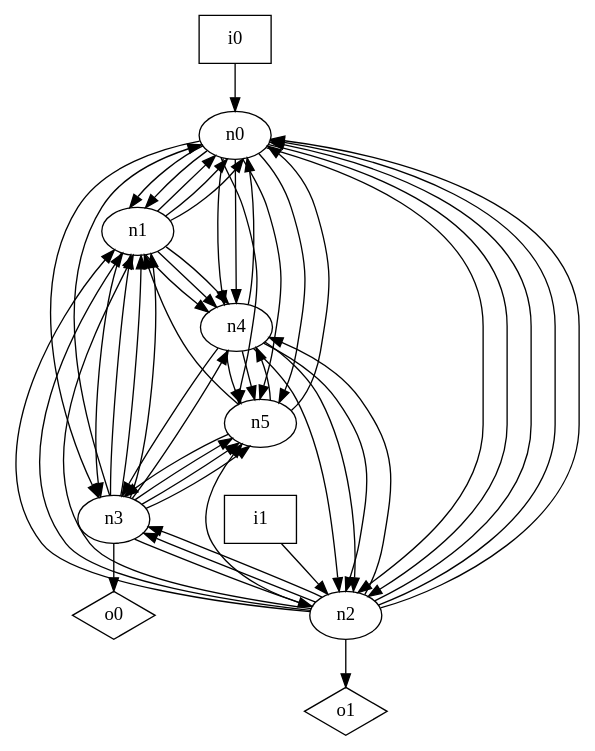
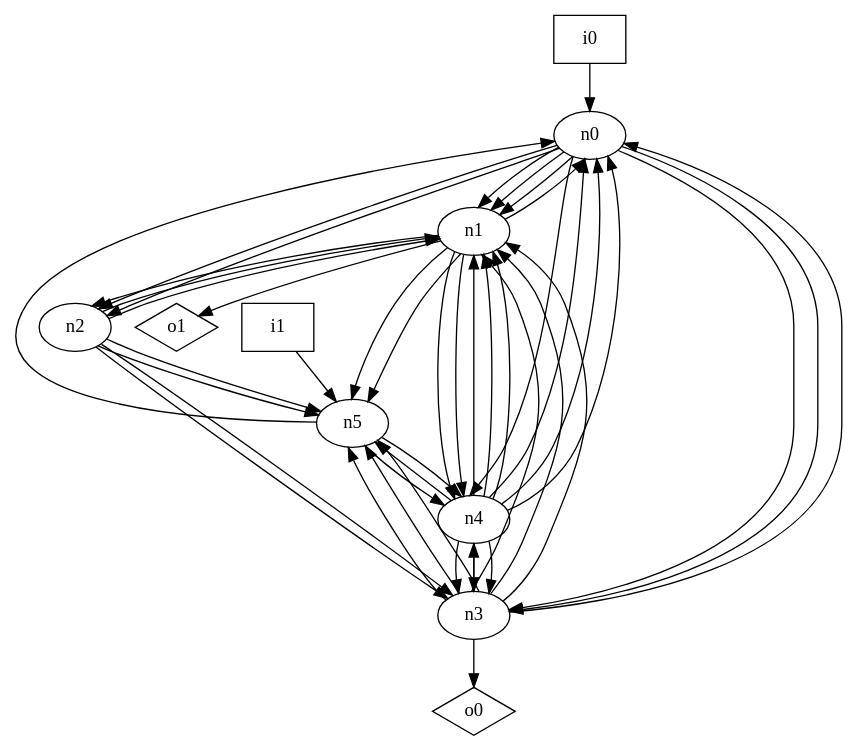
One commit to p9romain/bool-circuits changed the diagram in dot_files/random/random_loop_free_graph.dot. Above: the diagram before and after it, drawn with Graphviz. The commit also changed 22 other files, not shown here.

```diff
--- a/dot_files/random/random_loop_free_graph.dot
+++ b/dot_files/random/random_loop_free_graph.dot
@@ -1,63 +1,57 @@
 digraph G {
 n0 [label="n0"];
 n1 [label="n1"];
 n2 [label="n2"];
 n3 [label="n3"];
 n4 [label="n4"];
 n5 [label="n5"];
 n6 [label="i0",shape="box"];
 n7 [label="i1",shape="box"];
 n8 [label="o0",shape="diamond"];
 n9 [label="o1",shape="diamond"];
 n0 -> n1
 n0 -> n1
+n0 -> n1
 n0 -> n2
 n0 -> n2
 n0 -> n3
+n0 -> n3
 n0 -> n4
-n0 -> n4
-n0 -> n5
-n0 -> n5
-n0 -> n5
 n1 -> n0
-n1 -> n0
-n1 -> n0
-n1 -> n3
+n1 -> n2
 n1 -> n4
 n1 -> n4
-n1 -> n4
-n2 -> n0
-n2 -> n0
-n2 -> n0
-n2 -> n1
+n1 -> n5
+n1 -> n5
+n1 -> n9
 n2 -> n1
 n2 -> n1
 n2 -> n3
 n2 -> n3
-n2 -> n4
 n2 -> n5
-n2 -> n9
+n2 -> n5
 n3 -> n0
 n3 -> n1
 n3 -> n1
 n3 -> n1
-n3 -> n2
 n3 -> n4
 n3 -> n5
 n3 -> n5
 n3 -> n5
 n3 -> n8
 n4 -> n0
-n4 -> n2
-n4 -> n2
-n4 -> n2
+n4 -> n0
+n4 -> n0
+n4 -> n1
+n4 -> n1
+n4 -> n1
+n4 -> n3
+n4 -> n3
 n4 -> n3
 n4 -> n5
-n4 -> n5
 n5 -> n0
-n5 -> n1
-n5 -> n3
+n5 -> n4
 n5 -> n4
 n6 -> n0
-n7 -> n2
+n7 -> n5
 }
```
